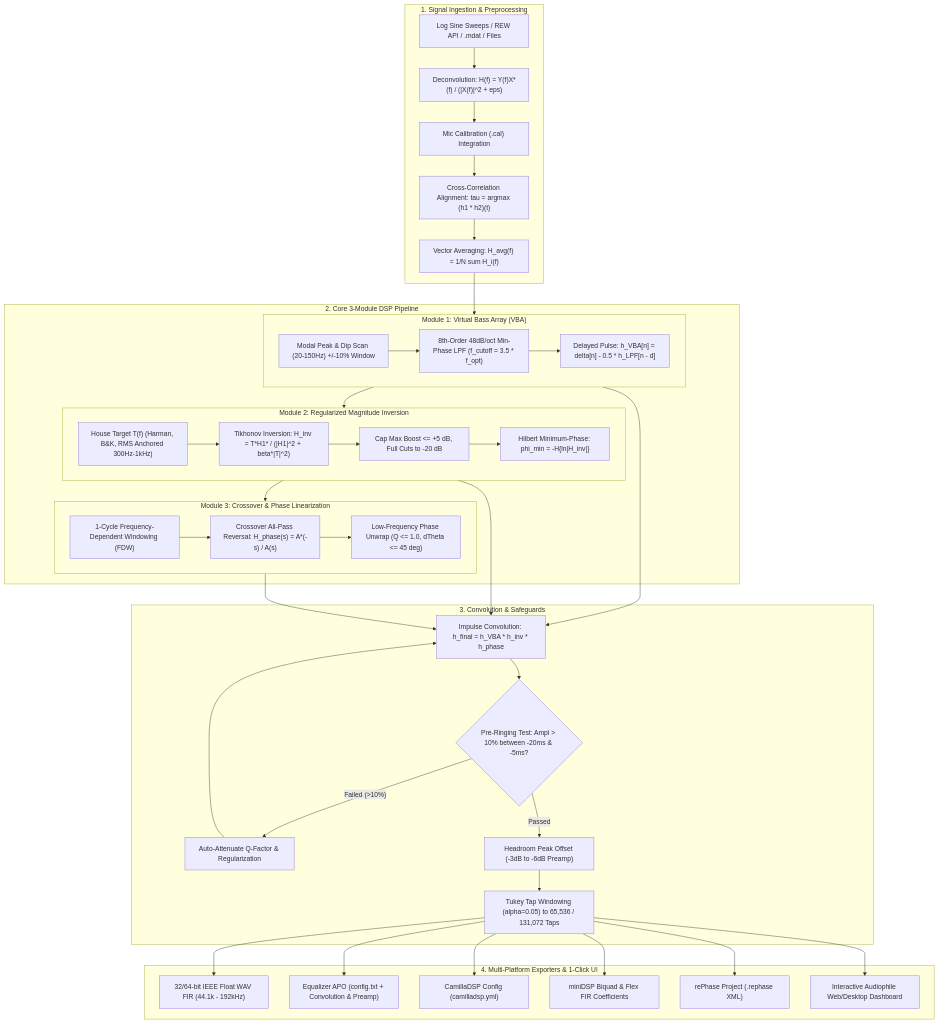
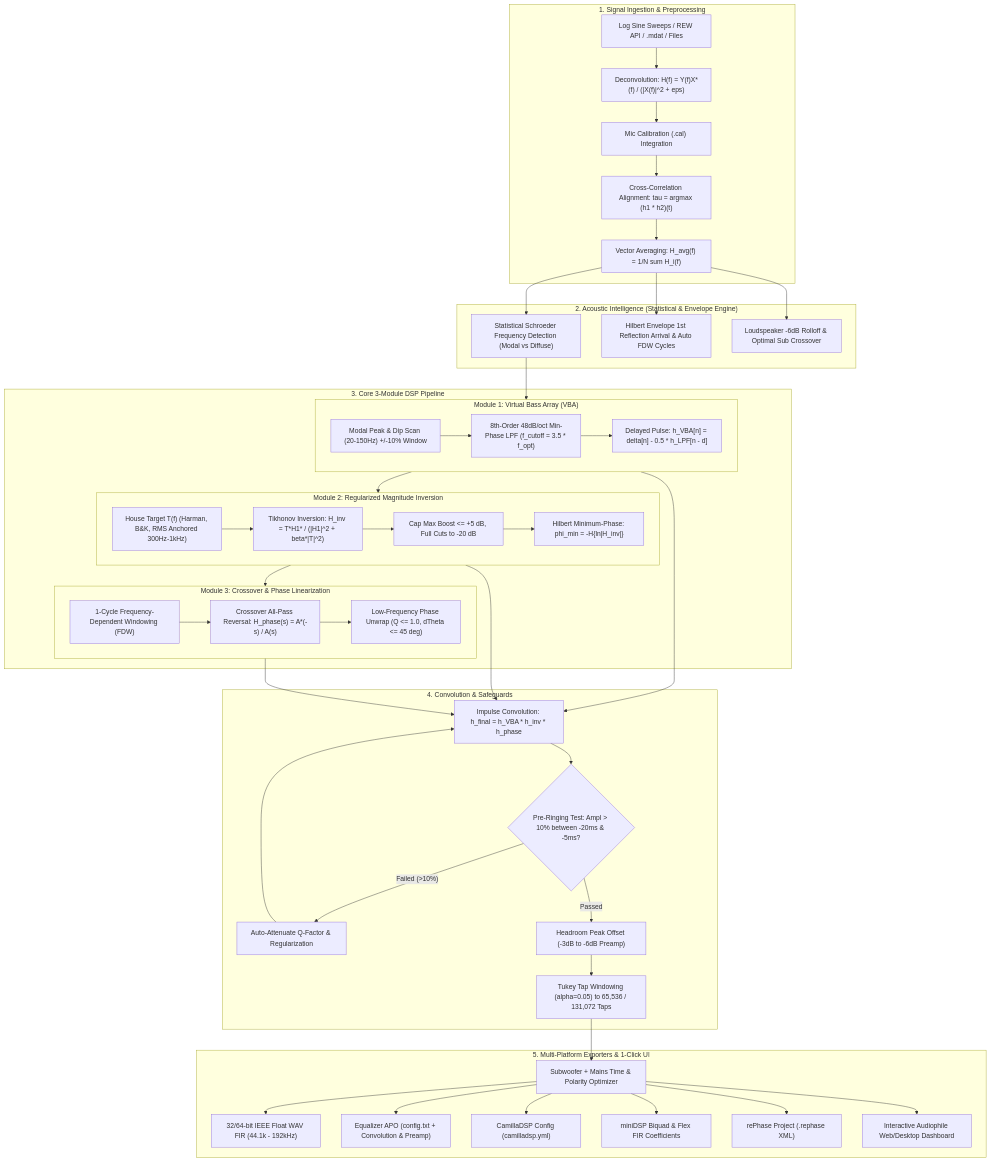
Before and after one commit to Hungbocluaqua/ALTAIR: the diagram in README.md, drawn with Mermaid. The commit also changed other lines of this file and 13 other files, not shown here.

Commit message:
Rebrand project to ALTAIR - Automated Linear-phase Tuning & Acoustic Inversion Routine

````diff
--- a/README.md
+++ b/README.md
@@ -9,68 +9,72 @@
 ```mermaid
 flowchart TD
     subgraph Signal_Acquisition["1. Signal Ingestion & Preprocessing"]
         Sweeps["Log Sine Sweeps / REW API / .mdat / Files"]
         Deconv["Deconvolution: H(f) = Y(f)X*(f) / (|X(f)|^2 + eps)"]
         MicCal["Mic Calibration (.cal) Integration"]
         CrossCorr["Cross-Correlation Alignment: tau = argmax (h1 * h2)(t)"]
         VectorAvg["Vector Averaging: H_avg(f) = 1/N sum H_i(f)"]
         Sweeps --> Deconv --> MicCal --> CrossCorr --> VectorAvg
     end
 
-    subgraph Three_Filter_DSP["2. Core 3-Module DSP Pipeline"]
+    subgraph Acoustic_Intelligence["2. Acoustic Intelligence (Statistical & Envelope Engine)"]
+        Schroeder["Statistical Schroeder Frequency Detection (Modal vs Diffuse)"]
+        HilbertGap["Hilbert Envelope 1st Reflection Arrival & Auto FDW Cycles"]
+        SpeakerRolloff["Loudspeaker -6dB Rolloff & Optimal Sub Crossover"]
+        VectorAvg --> Schroeder & HilbertGap & SpeakerRolloff
+    end
+
+    subgraph Three_Filter_DSP["3. Core 3-Module DSP Pipeline"]
         subgraph Mod1["Module 1: Virtual Bass Array (VBA)"]
             ModalExtract["Modal Peak & Dip Scan (20-150Hz) +/-10% Window"]
             LPF_Synth["8th-Order 48dB/oct Min-Phase LPF (f_cutoff = 3.5 * f_opt)"]
             VBA_Pulse["Delayed Pulse: h_VBA[n] = delta[n] - 0.5 * h_LPF[n - d]"]
             ModalExtract --> LPF_Synth --> VBA_Pulse
         end
 
         subgraph Mod2["Module 2: Regularized Magnitude Inversion"]
             TargetCurve["House Target T(f) (Harman, B&K, RMS Anchored 300Hz-1kHz)"]
             Tikhonov["Tikhonov Inversion: H_inv = T*H1* / (|H1|^2 + beta*|T|^2)"]
             BoostCap["Cap Max Boost <= +5 dB, Full Cuts to -20 dB"]
             HilbertMin["Hilbert Minimum-Phase: phi_min = -H{ln|H_inv|}"]
             TargetCurve --> Tikhonov --> BoostCap --> HilbertMin
         end
 
         subgraph Mod3["Module 3: Crossover & Phase Linearization"]
             FDW_1Cycle["1-Cycle Frequency-Dependent Windowing (FDW)"]
             CrossoverAP["Crossover All-Pass Reversal: H_phase(s) = A*(-s) / A(s)"]
             LowQ_Unwrap["Low-Frequency Phase Unwrap (Q <= 1.0, dTheta <= 45 deg)"]
             FDW_1Cycle --> CrossoverAP --> LowQ_Unwrap
         end
 
-        VectorAvg --> Mod1
+        Schroeder --> Mod1
         Mod1 --> Mod2
         Mod2 --> Mod3
     end
 
-    subgraph Safeguards_Convolve["3. Convolution & Safeguards"]
+    subgraph Safeguards_Convolve["4. Convolution & Safeguards"]
         Convolution["Impulse Convolution: h_final = h_VBA * h_inv * h_phase"]
         PreRingingGuard{"Pre-Ringing Test: Ampl > 10% between -20ms & -5ms?"}
         AttenuateQ["Auto-Attenuate Q-Factor & Regularization"]
         HeadroomCheck["Headroom Peak Offset (-3dB to -6dB Preamp)"]
         TukeyWindow["Tukey Tap Windowing (alpha=0.05) to 65,536 / 131,072 Taps"]
 
         Mod1 & Mod2 & Mod3 --> Convolution
         Convolution --> PreRingingGuard
         PreRingingGuard -- "Failed (>10%)" --> AttenuateQ --> Convolution
         PreRingingGuard -- "Passed" --> HeadroomCheck --> TukeyWindow
     end
 
-    subgraph Exporters_UI["4. Multi-Platform Exporters & 1-Click UI"]
+    subgraph Exporters_UI["5. Multi-Platform Exporters & 1-Click UI"]
+        SubAlign["Subwoofer + Mains Time & Polarity Optimizer"]
         WAV_IR["32/64-bit IEEE Float WAV FIR (44.1k - 192kHz)"]
         EqAPO_Cfg["Equalizer APO (config.txt + Convolution & Preamp)"]
         Camilla_YML["CamillaDSP Config (camilladsp.yml)"]
         MiniDSP_Txt["miniDSP Biquad & Flex FIR Coefficients"]
         RePhase_XML["rePhase Project (.rephase XML)"]
         WebDashboard["Interactive Audiophile Web/Desktop Dashboard"]
 
-        TukeyWindow --> WAV_IR
-        TukeyWindow --> EqAPO_Cfg
-        TukeyWindow --> Camilla_YML
-        TukeyWindow --> MiniDSP_Txt
-        TukeyWindow --> RePhase_XML
-        TukeyWindow --> WebDashboard
+        TukeyWindow --> SubAlign
+        SubAlign --> WAV_IR & EqAPO_Cfg & Camilla_YML & MiniDSP_Txt & RePhase_XML & WebDashboard
     end
 ```
````
